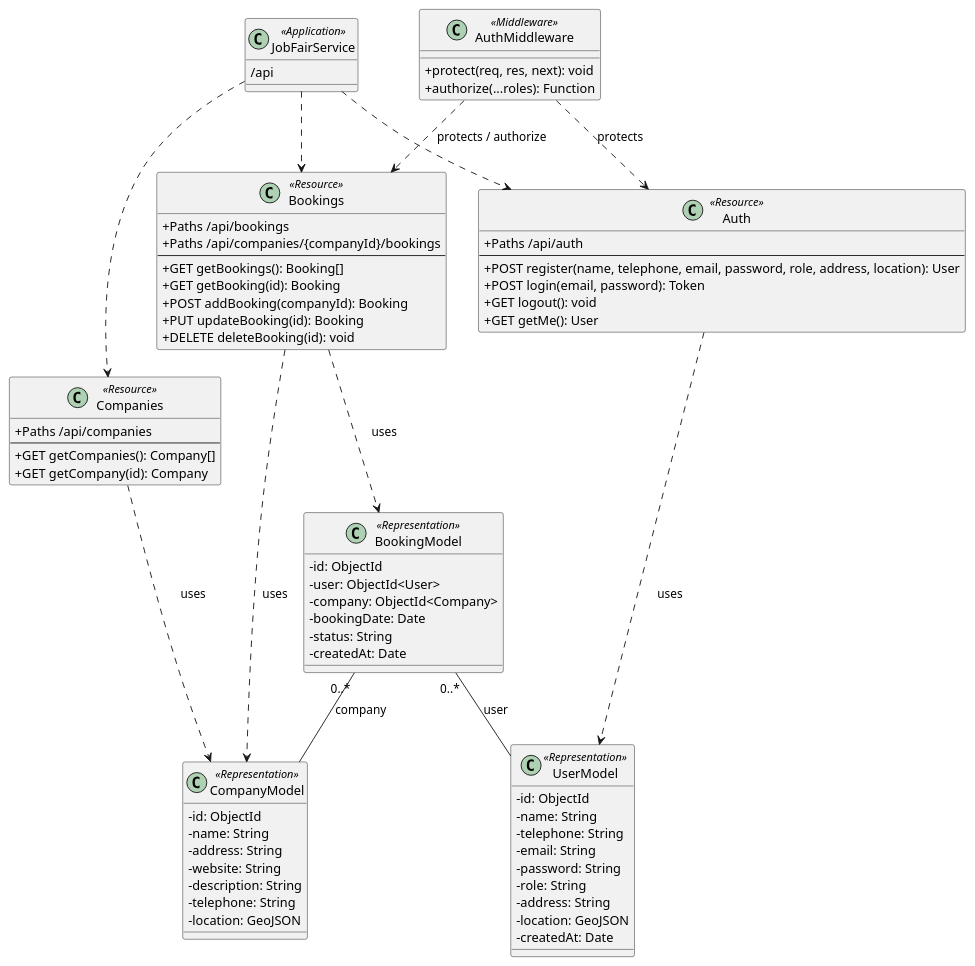
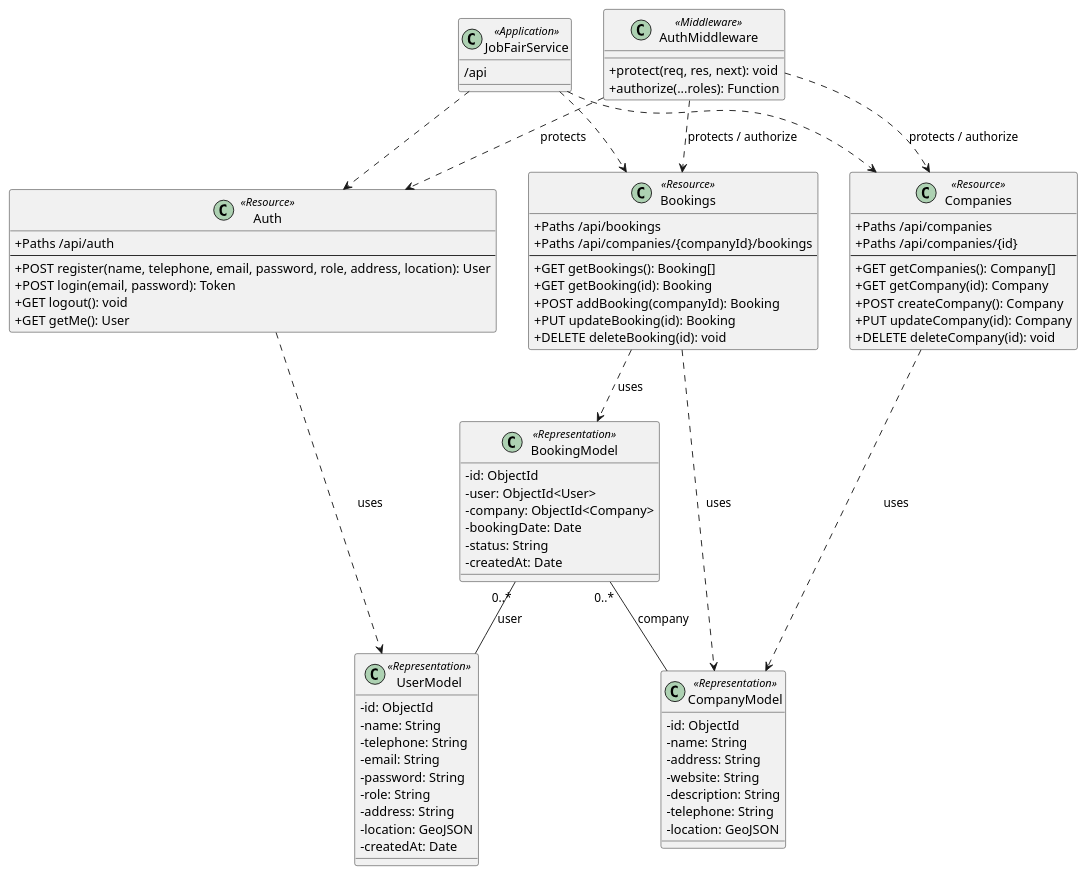
The diagram in docs/diagram/class.puml (098ff/ArtmaybeDEV), drawn with PlantUML before and after one commit. The commit also changed 5 other files, not shown here.

Commit message:
fix/class & usecase diagram

```diff
--- a/docs/diagram/class.puml
+++ b/docs/diagram/class.puml
@@ -1,87 +1,92 @@
 @startuml
 skinparam classAttributeIconSize 0
 
 class "JobFairService" as App <<Application>> {
   /api
 }
 
 class "Auth" as AuthResource <<Resource>> {
   +Paths /api/auth
   --
   +POST register(name, telephone, email, password, role, address, location): User
   +POST login(email, password): Token
   +GET logout(): void
   +GET getMe(): User
 }
 
 class "Bookings" as BookingResource <<Resource>> {
   +Paths /api/bookings
   +Paths /api/companies/{companyId}/bookings
   --
   +GET getBookings(): Booking[]
   +GET getBooking(id): Booking
   +POST addBooking(companyId): Booking
   +PUT updateBooking(id): Booking
   +DELETE deleteBooking(id): void
 }
 
 class "Companies" as CompanyResource <<Resource>> {
   +Paths /api/companies
+  +Paths /api/companies/{id}
   --
   +GET getCompanies(): Company[]
   +GET getCompany(id): Company
+  +POST createCompany(): Company
+  +PUT updateCompany(id): Company
+  +DELETE deleteCompany(id): void
 }
 
 class "UserModel" as UserRep <<Representation>> {
   - id: ObjectId
   - name: String
   - telephone: String
   - email: String
   - password: String
   - role: String
   - address: String
   - location: GeoJSON
   - createdAt: Date
 }
 
 class "CompanyModel" as CompanyRep <<Representation>> {
   - id: ObjectId
   - name: String
   - address: String
   - website: String
   - description: String
   - telephone: String
   - location: GeoJSON
 }
 
 class "BookingModel" as BookingRep <<Representation>> {
   - id: ObjectId
   - user: ObjectId<User>
   - company: ObjectId<Company>
   - bookingDate: Date
   - status: String
   - createdAt: Date
 }
 
 
 class "AuthMiddleware" as AuthMW <<Middleware>> {
   +protect(req, res, next): void
   +authorize(...roles): Function
 }
 
 App ..> AuthResource   
 App ..> BookingResource 
 App ..> CompanyResource 
 
 AuthResource    ..> UserRep    : uses
 BookingResource ..> BookingRep : uses
 BookingResource ..> CompanyRep : uses
 CompanyResource ..> CompanyRep : uses
 
 AuthMW ..> AuthResource    : protects
 AuthMW ..> BookingResource : protects / authorize
+AuthMW ..> CompanyResource : protects / authorize
 
 BookingRep "0..*" -down- UserRep    : user
 BookingRep "0..*" -down- CompanyRep : company
 
 @enduml
```
